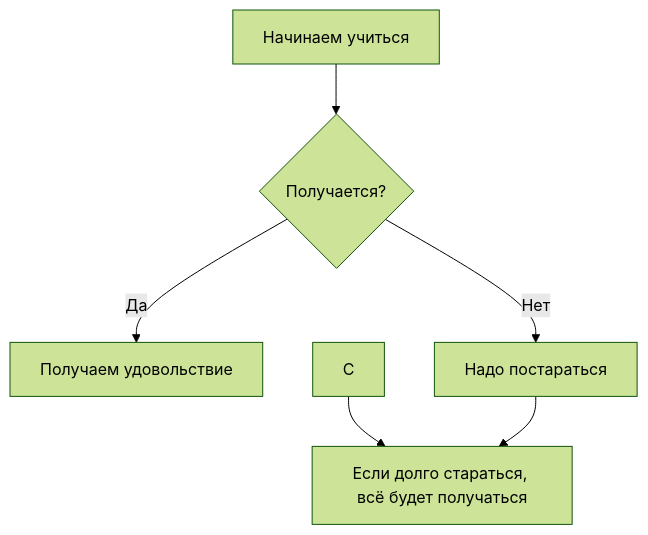
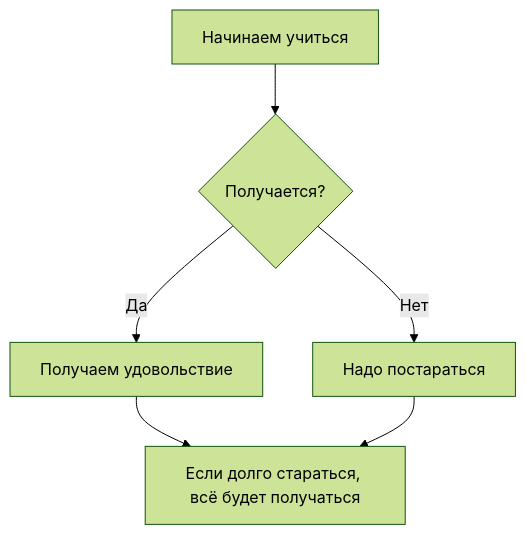
The second of 2 diagrams in readme.md (togean/firts-project), drawn with Mermaid (forest theme) before and after one commit.

Commit message:
Добавил flow

````diff
--- a/readme.md
+++ b/readme.md
@@ -55,9 +55,9 @@
 ```mermaid
 flowchart TD
   A[Начинаем учиться] --> B{Получается?};
   B -- Да --> С[Получаем удовольствие];
   B -- Нет --> D[Надо постараться];
-  C --> E[Если долго стараться, всё будет получаться];
+  С --> E[Если долго стараться, всё будет получаться];
   D --> E[Если долго стараться, всё будет получаться];
 
 ```
````
